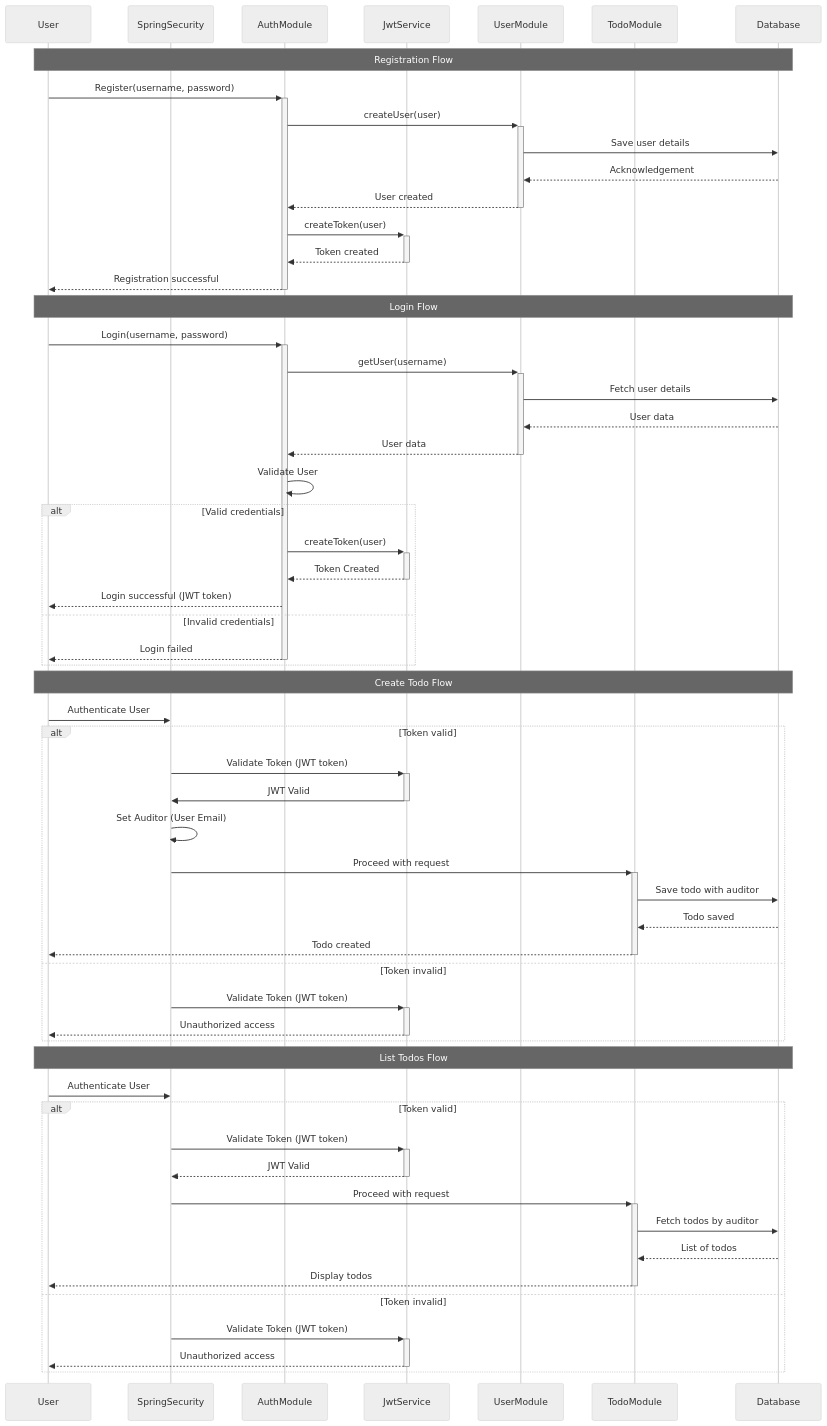
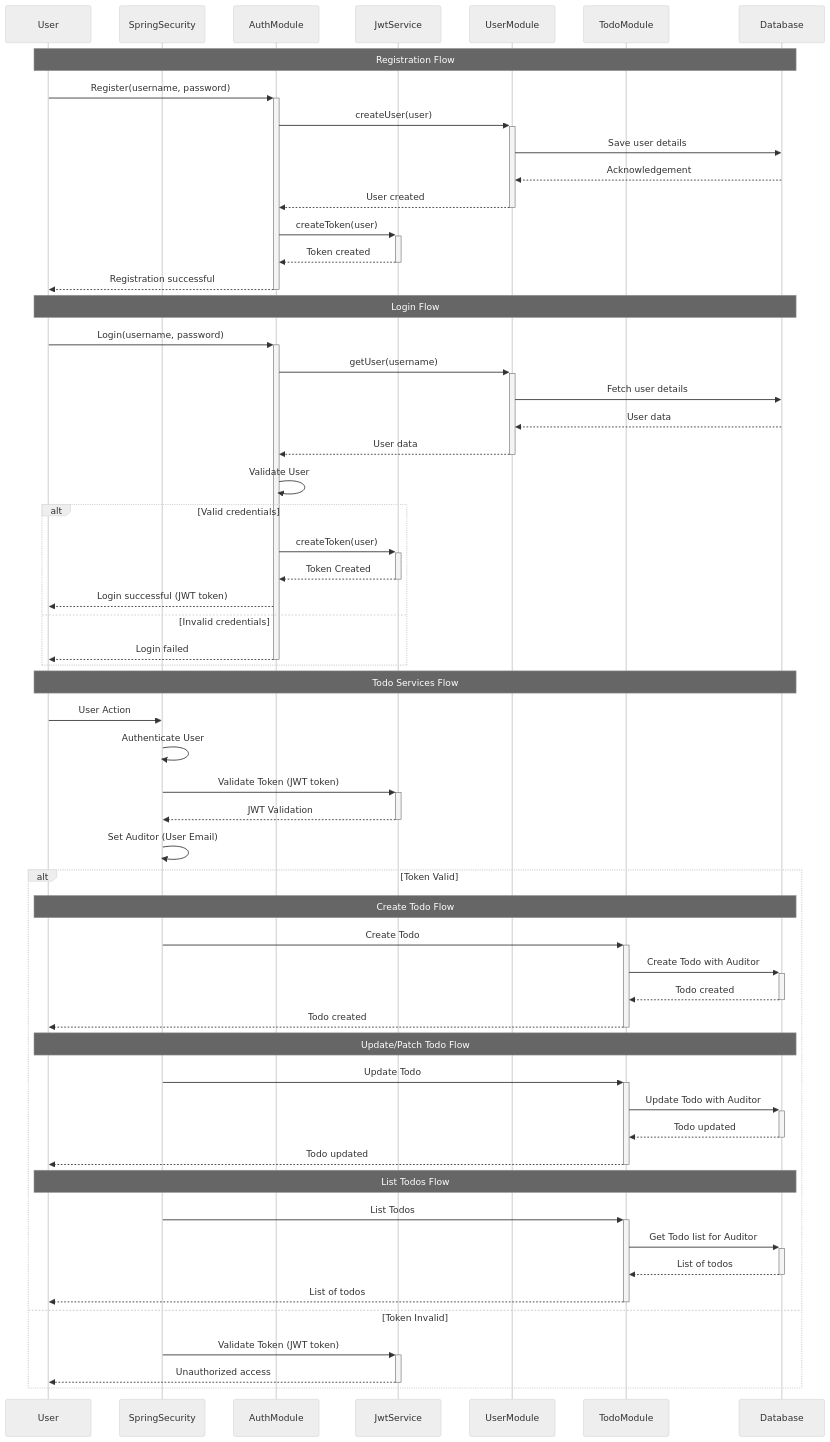
Before and after one commit to remreren/justodoit: the diagram in README.md, drawn with Mermaid (neutral theme). The commit also changed other lines of this file and 5 other files, not shown here.

Commit message:
fixes a security issue, now the application takes auditor into account

````diff
--- a/README.md
+++ b/README.md
@@ -28,64 +28,64 @@
 ```mermaid
 sequenceDiagram
     participant User
     participant SpringSecurity
     participant AuthModule
     participant JwtService
     participant UserModule
     participant TodoModule
     participant Database
 
     Note over User,Database: Registration Flow
     User->>+AuthModule: Register(username, password)
     AuthModule->>+UserModule: createUser(user)
     UserModule->>Database: Save user details
     Database-->>UserModule: Acknowledgement
     UserModule-->>-AuthModule: User created
     AuthModule->>+JwtService: createToken(user)
     JwtService-->>-AuthModule: Token created
     AuthModule-->>-User: Registration successful
 
     Note over User,Database: Login Flow
     User->>+AuthModule: Login(username, password)
     AuthModule->>+UserModule: getUser(username)
     UserModule->>Database: Fetch user details
     Database-->>UserModule: User data
     UserModule-->>-AuthModule: User data
     AuthModule->>AuthModule: Validate User
     alt Valid credentials
         AuthModule->>+JwtService: createToken(user)
         JwtService-->>-AuthModule: Token Created
         AuthModule-->>User: Login successful (JWT token)
     else Invalid credentials
         AuthModule-->>-User: Login failed
     end
 
-    Note over User,Database: Create Todo Flow
-    User->>SpringSecurity: Authenticate User
-    alt Token valid
-        SpringSecurity->>+JwtService: Validate Token (JWT token)
-        JwtService->>-SpringSecurity: JWT Valid
-        SpringSecurity->>SpringSecurity: Set Auditor (User Email)
-        SpringSecurity->>+TodoModule: Proceed with request
-        TodoModule->>Database: Save todo with auditor
-        Database-->>TodoModule: Todo saved
+    Note over User,Database: Todo Services Flow
+    User->>SpringSecurity: User Action
+    SpringSecurity->>SpringSecurity: Authenticate User
+    SpringSecurity->>+JwtService: Validate Token (JWT token)
+    JwtService-->>-SpringSecurity: JWT Validation
+    SpringSecurity->>SpringSecurity: Set Auditor (User Email)
+    alt Token Valid
+        Note over User,Database: Create Todo Flow
+        SpringSecurity->>+TodoModule: Create Todo
+        TodoModule->>+Database: Create Todo with Auditor
+        Database-->>-TodoModule: Todo created
         TodoModule-->>-User: Todo created
-    else Token invalid
-        SpringSecurity->>+JwtService: Validate Token (JWT token)
-        JwtService-->>-User: Unauthorized access
-    end
 
-    Note over User,Database: List Todos Flow
-    User->>SpringSecurity: Authenticate User
-    alt Token valid
-        SpringSecurity->>+JwtService: Validate Token (JWT token)
-        JwtService-->>-SpringSecurity: JWT Valid
-        SpringSecurity->>+TodoModule: Proceed with request
-        TodoModule->>Database: Fetch todos by auditor
-        Database-->>TodoModule: List of todos
-        TodoModule-->>-User: Display todos
-    else Token invalid
+        Note over User,Database: Update/Patch Todo Flow
+        SpringSecurity->>+TodoModule: Update Todo
+        TodoModule->>+Database: Update Todo with Auditor
+        Database-->>-TodoModule: Todo updated
+        TodoModule-->>-User: Todo updated
+
+        Note over User,Database: List Todos Flow
+        SpringSecurity->>+TodoModule: List Todos
+        TodoModule->>+Database: Get Todo list for Auditor
+        Database-->>-TodoModule: List of todos
+        TodoModule-->>-User: List of todos
+    else Token Invalid
         SpringSecurity->>+JwtService: Validate Token (JWT token)
         JwtService-->>-User: Unauthorized access
     end
 ```
````
